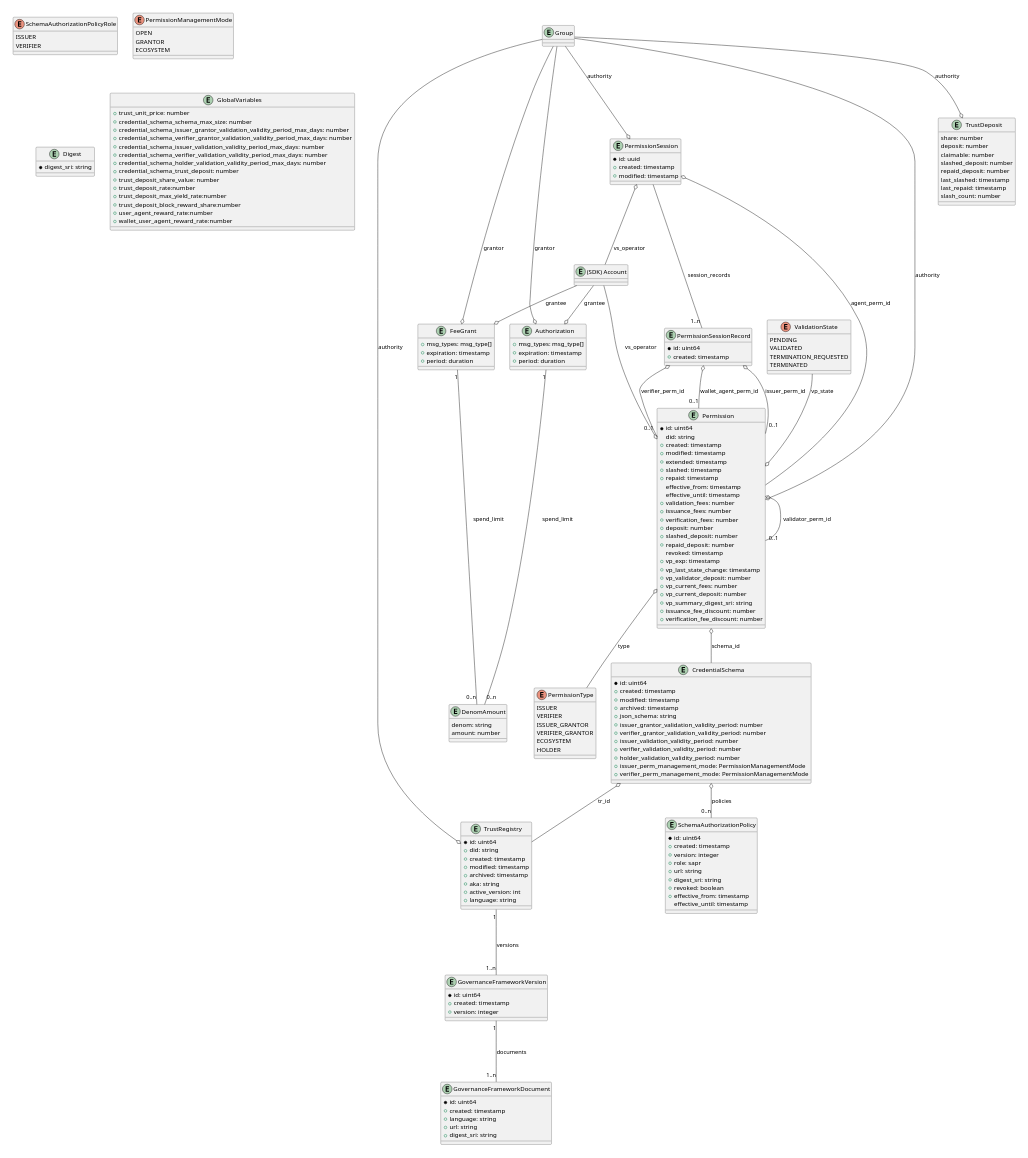
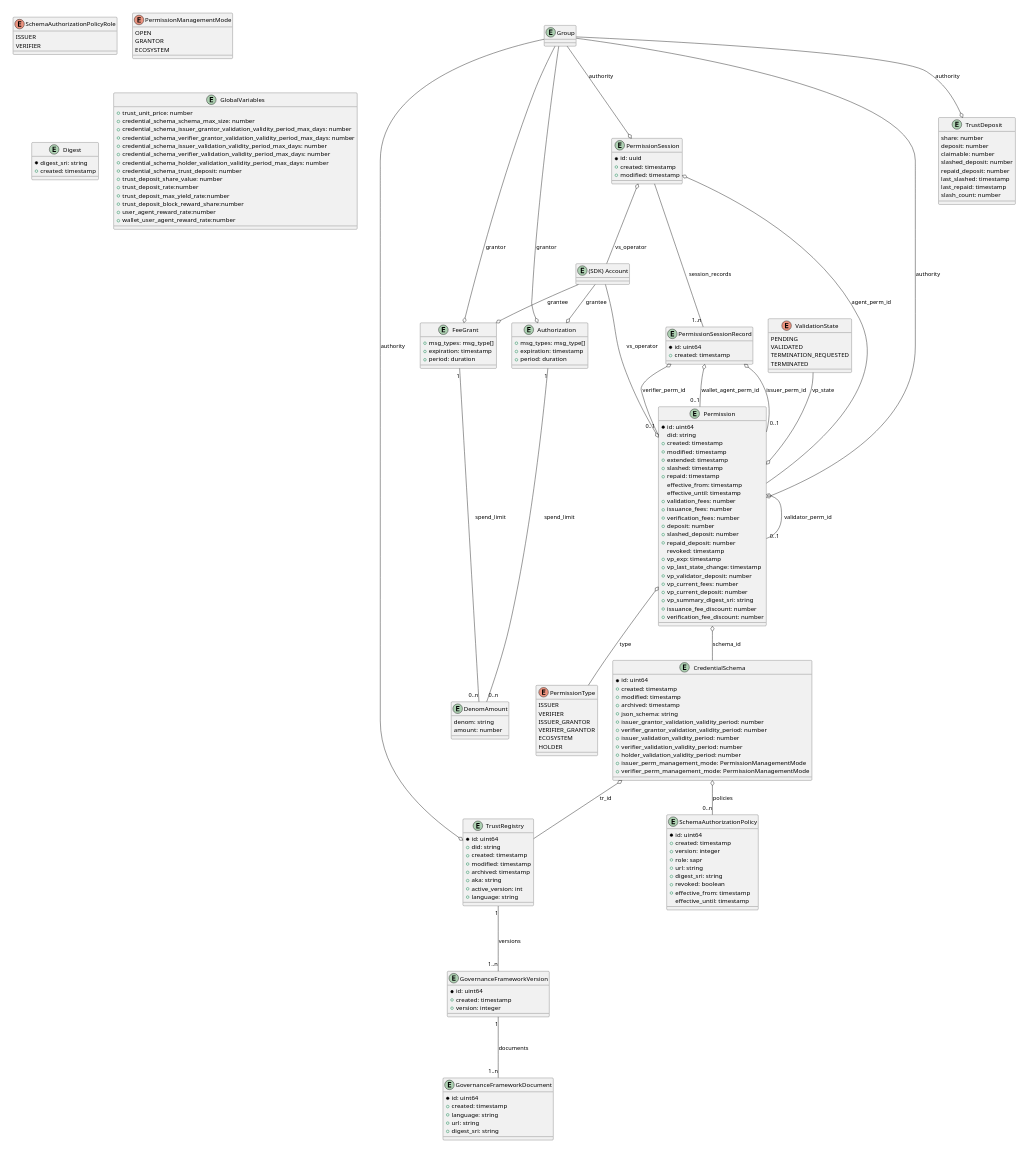
Before and after one commit to verana-labs/verifiable-trust-vpr-spec: diagram 12 of 20 in spec.md, drawn with PlantUML. The commit also changed other lines of this file and 1 other file, not shown here.

```diff
--- a/spec.md
+++ b/spec.md
@@ -1068,6 +1068,7 @@
 
 entity "Digest" as digest {
   *digest_sri: string
+  +created: timestamp
 }
 
 enum "PermissionType" as cspt {
```
